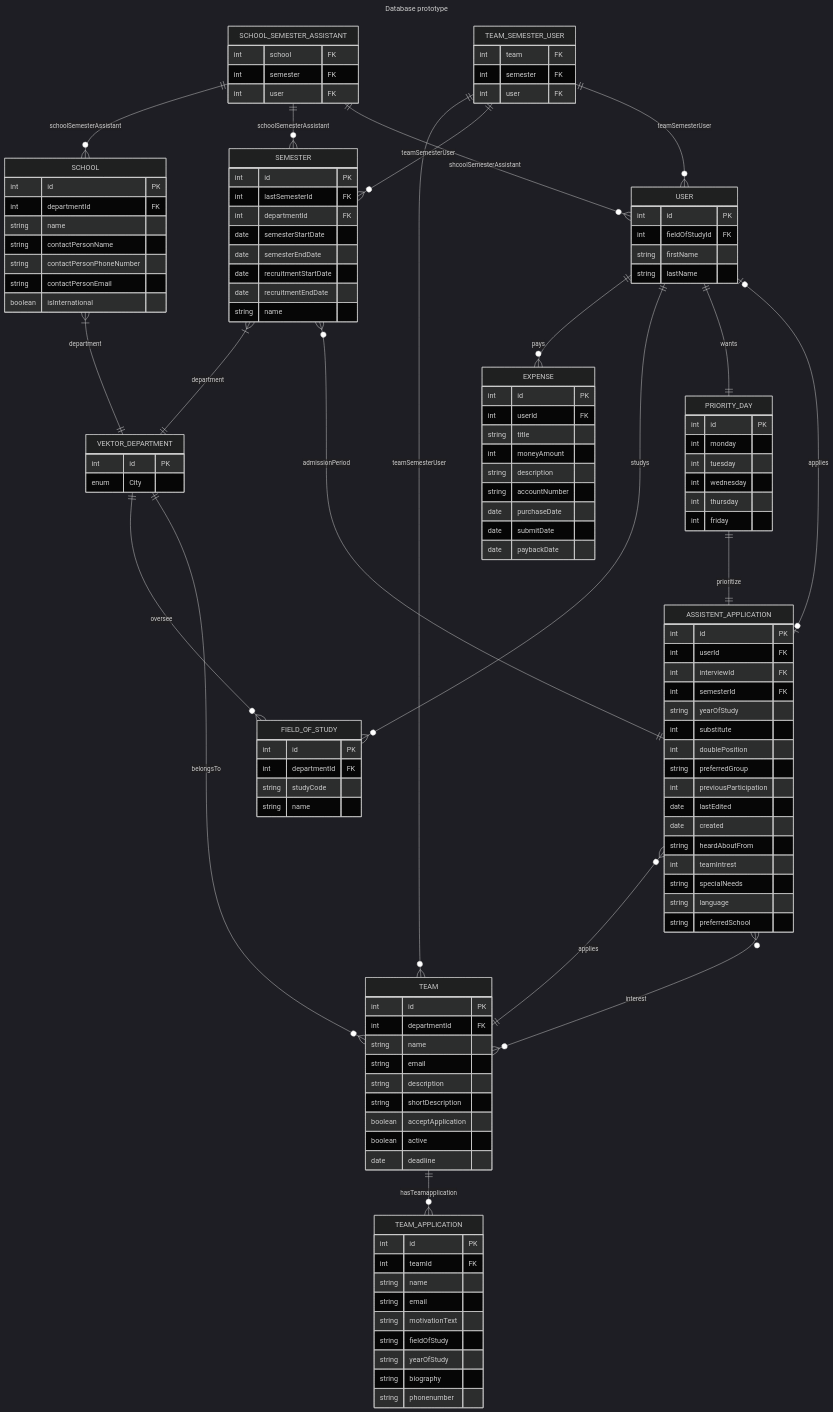
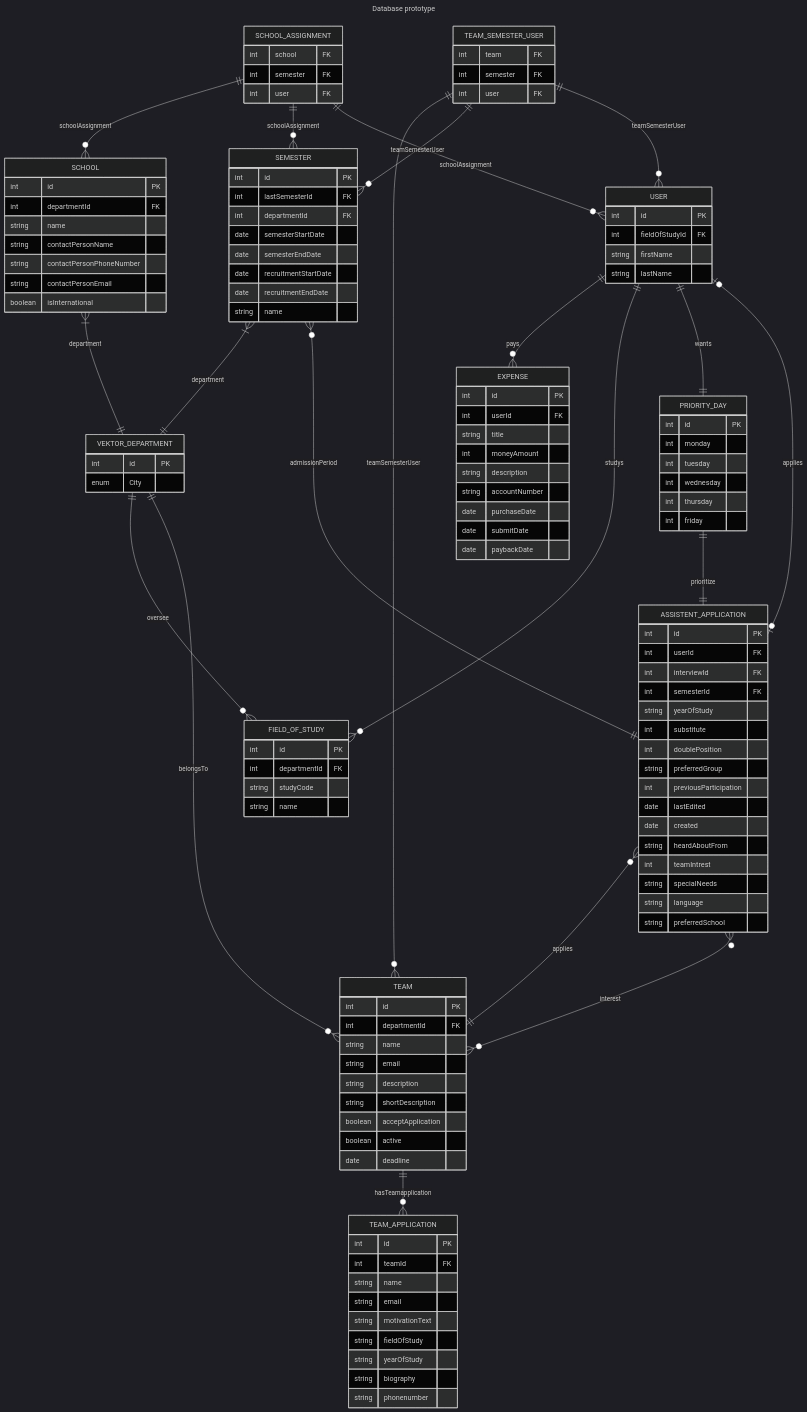
Before and after one commit to vektorprogrammet/api: the diagram in database-diagram.md, drawn with Mermaid (dark theme). The commit also changed 4 other files, not shown here.

```diff
--- a/database-diagram.md
+++ b/database-diagram.md
@@ -99,7 +99,7 @@
         string contactPersonEmail
         boolean isInternational
     }
-    SCHOOL_SEMESTER_ASSISTANT{
+    SCHOOL_ASSIGNMENT{
         int school FK
         int semester FK
         int user FK
@@ -122,9 +122,9 @@
     SEMESTER }|--|| VEKTOR_DEPARTMENT : department
     SCHOOL }|--|| VEKTOR_DEPARTMENT : department
     SEMESTER }o--|| ASSISTENT_APPLICATION : admissionPeriod
-    SCHOOL_SEMESTER_ASSISTANT ||--o{ SCHOOL : schoolSemesterAssistant
-    SCHOOL_SEMESTER_ASSISTANT ||--o{ SEMESTER : schoolSemesterAssistant
-    SCHOOL_SEMESTER_ASSISTANT ||--o{ USER : shcoolSemesterAssistant
+    SCHOOL_ASSIGNMENT ||--o{ SCHOOL : schoolAssignment
+    SCHOOL_ASSIGNMENT ||--o{ SEMESTER : schoolAssignment
+    SCHOOL_ASSIGNMENT ||--o{ USER : schoolAssignment
     TEAM_SEMESTER_USER ||--o{ TEAM : teamSemesterUser
     TEAM_SEMESTER_USER ||--o{ SEMESTER : teamSemesterUser    
     TEAM_SEMESTER_USER ||--o{ USER : teamSemesterUser
```
